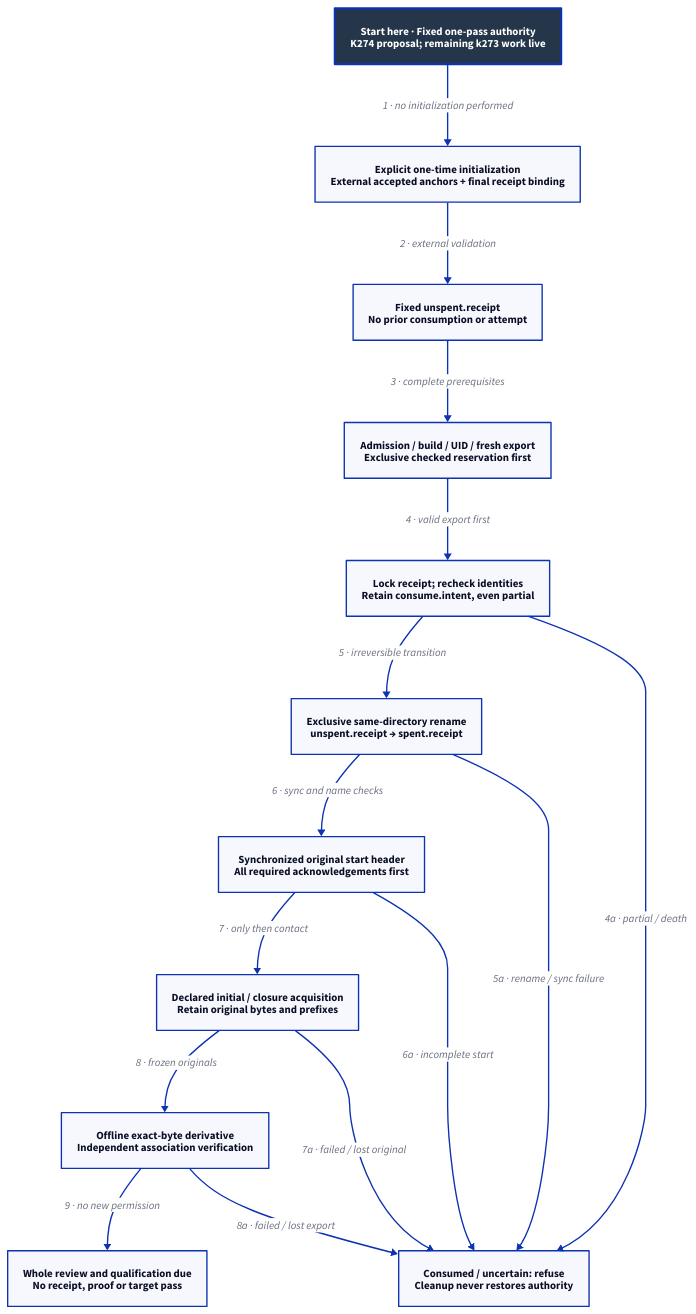
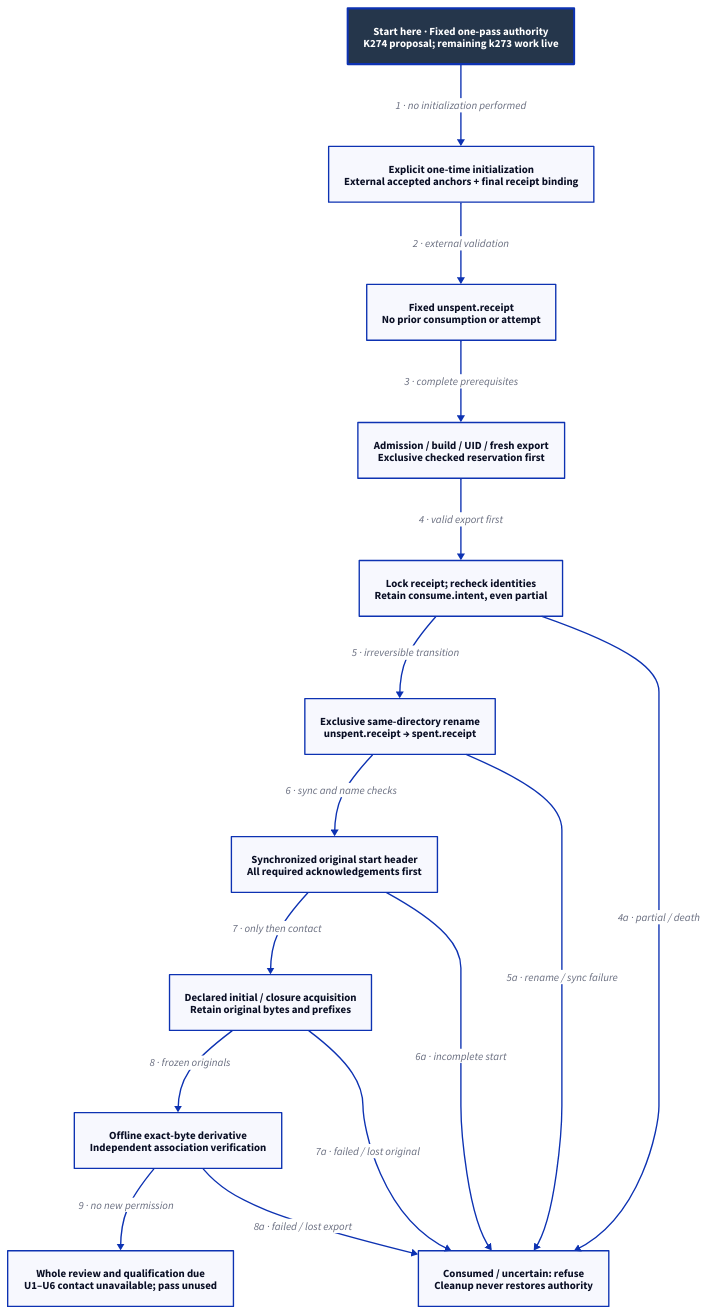
Before and after one commit to Linkuistics/Koine: the diagram in docs/design/architecture/native-reference-admission.d2, drawn with D2. The commit also changed 28 other files, not shown here.

```diff
--- a/docs/design/architecture/native-reference-admission.d2
+++ b/docs/design/architecture/native-reference-admission.d2
@@ -1,30 +1,30 @@
 # Proposed lifecycle; complete contract is normative and qualification remains due.
 direction: down
 classes: {
   start: {style: {fill: "#25364B"; font-color: "#FFFFFF"; bold: true; stroke-width: 3}}
 }
 Start: "Start here · Fixed one-pass authority\nK274 proposal; remaining k273 work live" {class: start}
 Provision: "Explicit one-time initialization\nExternal accepted anchors + final receipt binding"
 Ready: "Fixed unspent.receipt\nNo prior consumption or attempt"
 Export: "Admission / build / UID / fresh export\nExclusive checked reservation first"
 Intent: "Lock receipt; recheck identities\nRetain consume.intent, even partial"
 Spent: "Exclusive same-directory rename\nunspent.receipt → spent.receipt"
 Original: "Synchronized original start header\nAll required acknowledgements first"
 Capture: "Declared initial / closure acquisition\nRetain original bytes and prefixes"
 Derivative: "Offline exact-byte derivative\nIndependent association verification"
 Refuse: "Consumed / uncertain: refuse\nCleanup never restores authority"
-Limit: "Whole review and qualification due\nNo receipt, proof or target pass"
+Limit: "Whole review and qualification due\nU1–U6 contact unavailable; pass unused"
 Start -> Provision: "1 · no initialization performed"
 Provision -> Ready: "2 · external validation"
 Ready -> Export: "3 · complete prerequisites"
 Export -> Intent: "4 · valid export first"
 Intent -> Spent: "5 · irreversible transition"
 Spent -> Original: "6 · sync and name checks"
 Original -> Capture: "7 · only then contact"
 Capture -> Derivative: "8 · frozen originals"
 Derivative -> Limit: "9 · no new permission"
 Intent -> Refuse: "4a · partial / death"
 Spent -> Refuse: "5a · rename / sync failure"
 Original -> Refuse: "6a · incomplete start"
 Capture -> Refuse: "7a · failed / lost original"
 Derivative -> Refuse: "8a · failed / lost export"
```
